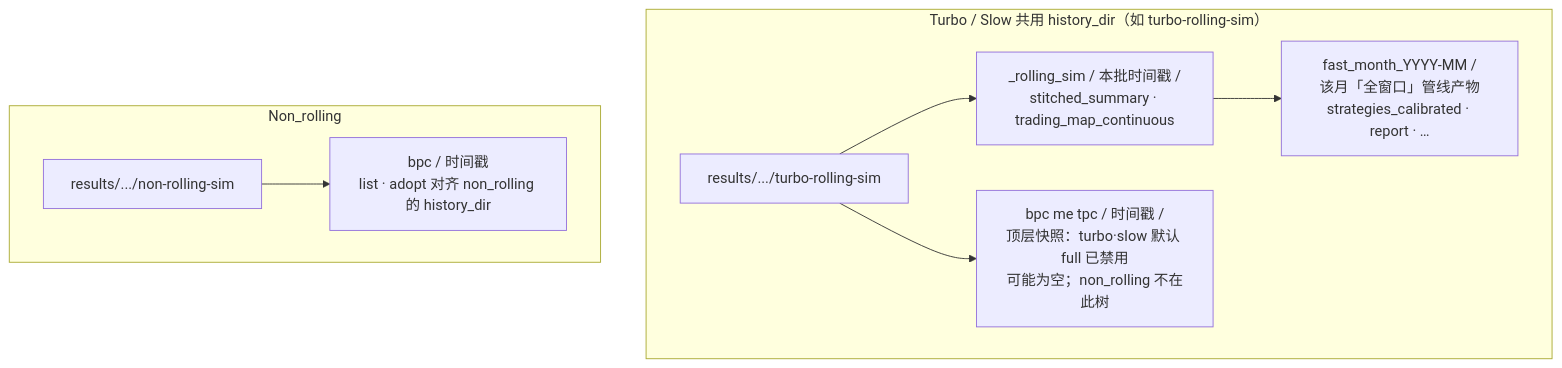
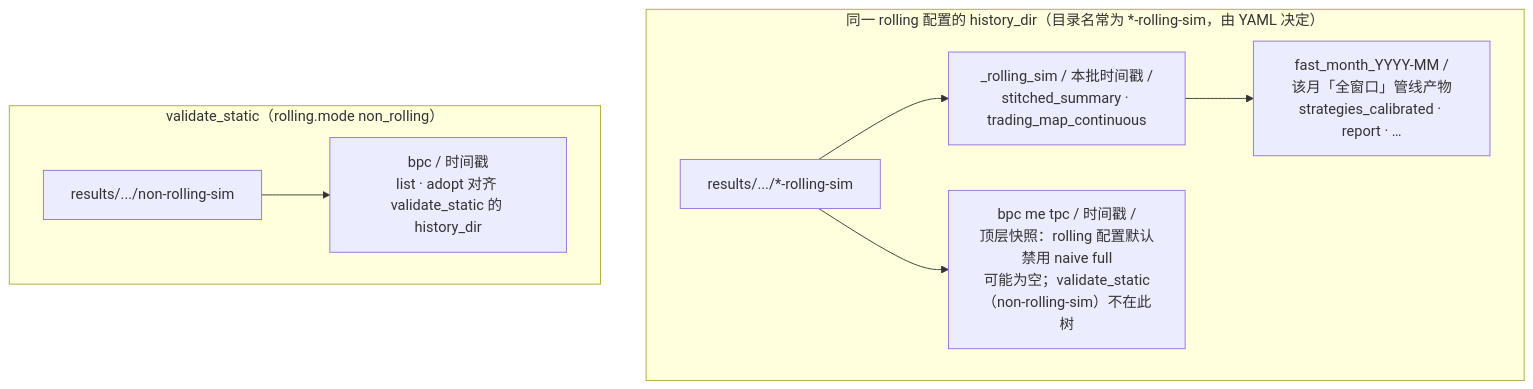
One commit to SnYang096/ml-trading-bot changed the third of 4 diagrams in README_CN.md. Above: the diagram before and after it, drawn with Mermaid. The commit also changed other lines of this file and 62 other files, not shown here.

````diff
--- a/README_CN.md
+++ b/README_CN.md
@@ -423,14 +423,14 @@
 ```mermaid
 flowchart TB
-  subgraph turbo_slow["Turbo / Slow 共用 history_dir（如 turbo-rolling-sim）"]
-    H1["results/.../turbo-rolling-sim"]
+  subgraph turbo_slow["同一 rolling 配置的 history_dir（目录名常为 *-rolling-sim，由 YAML 决定）"]
+    H1["results/.../*-rolling-sim"]
     H1 --> RS["_rolling_sim / 本批时间戳 /\nstitched_summary · trading_map_continuous"]
     RS --> FM["fast_month_YYYY-MM /\n该月「全窗口」管线产物\nstrategies_calibrated · report · …"]
-    H1 --> LEG["bpc me tpc / 时间戳 /\n顶层快照：turbo·slow 默认 full 已禁用\n可能为空；non_rolling 不在此树"]
+    H1 --> LEG["bpc me tpc / 时间戳 /\n顶层快照：rolling 配置默认禁用 naive full\n可能为空；validate_static（non-rolling-sim）不在此树"]
   end
 
-  subgraph nr["Non_rolling"]
+  subgraph nr["validate_static（rolling.mode non_rolling）"]
     H2["results/.../non-rolling-sim"]
-    H2 --> BPC["bpc / 时间戳\nlist · adopt 对齐 non_rolling 的 history_dir"]
+    H2 --> BPC["bpc / 时间戳\nlist · adopt 对齐 validate_static 的 history_dir"]
   end
 ```
````
